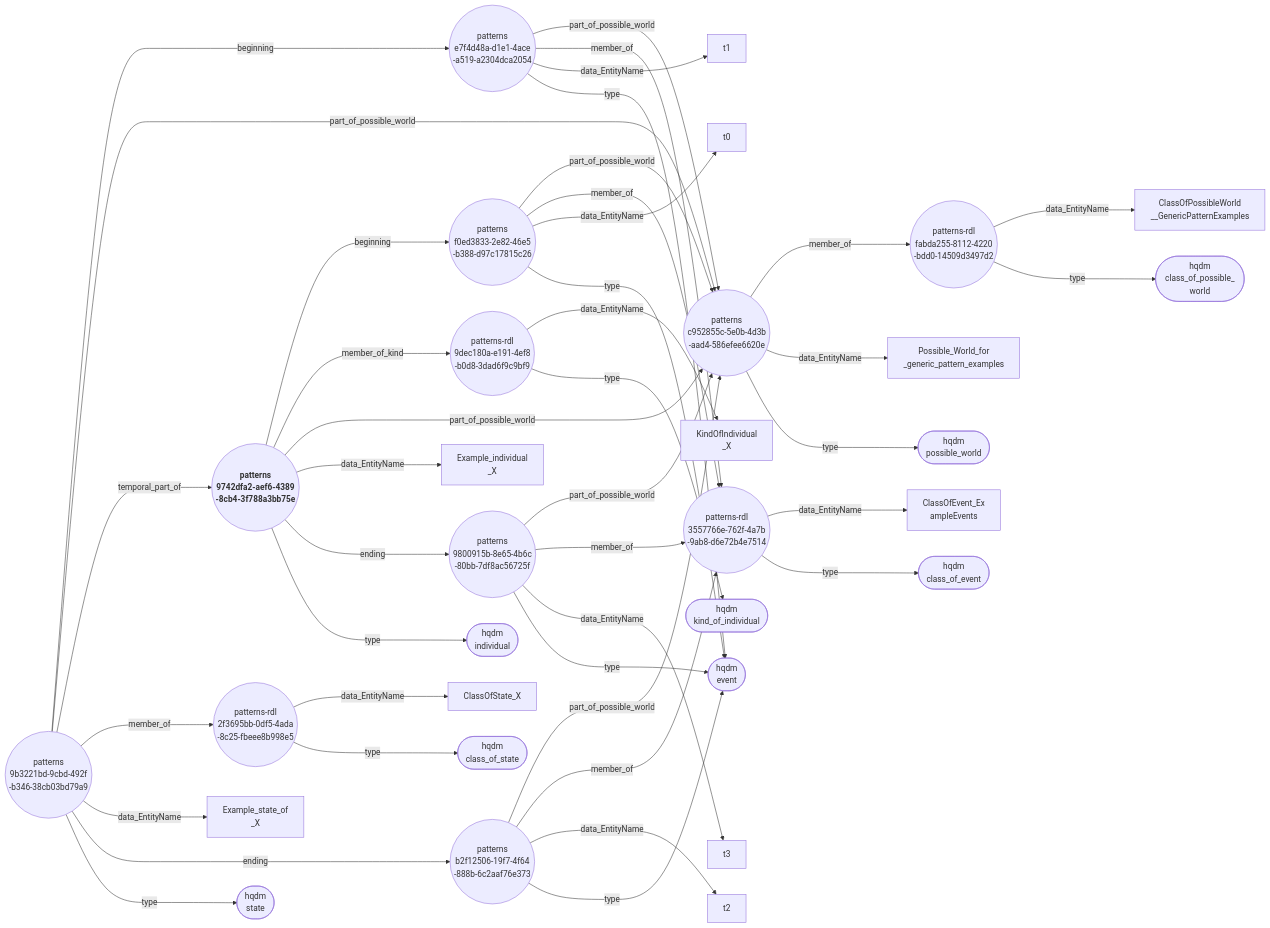
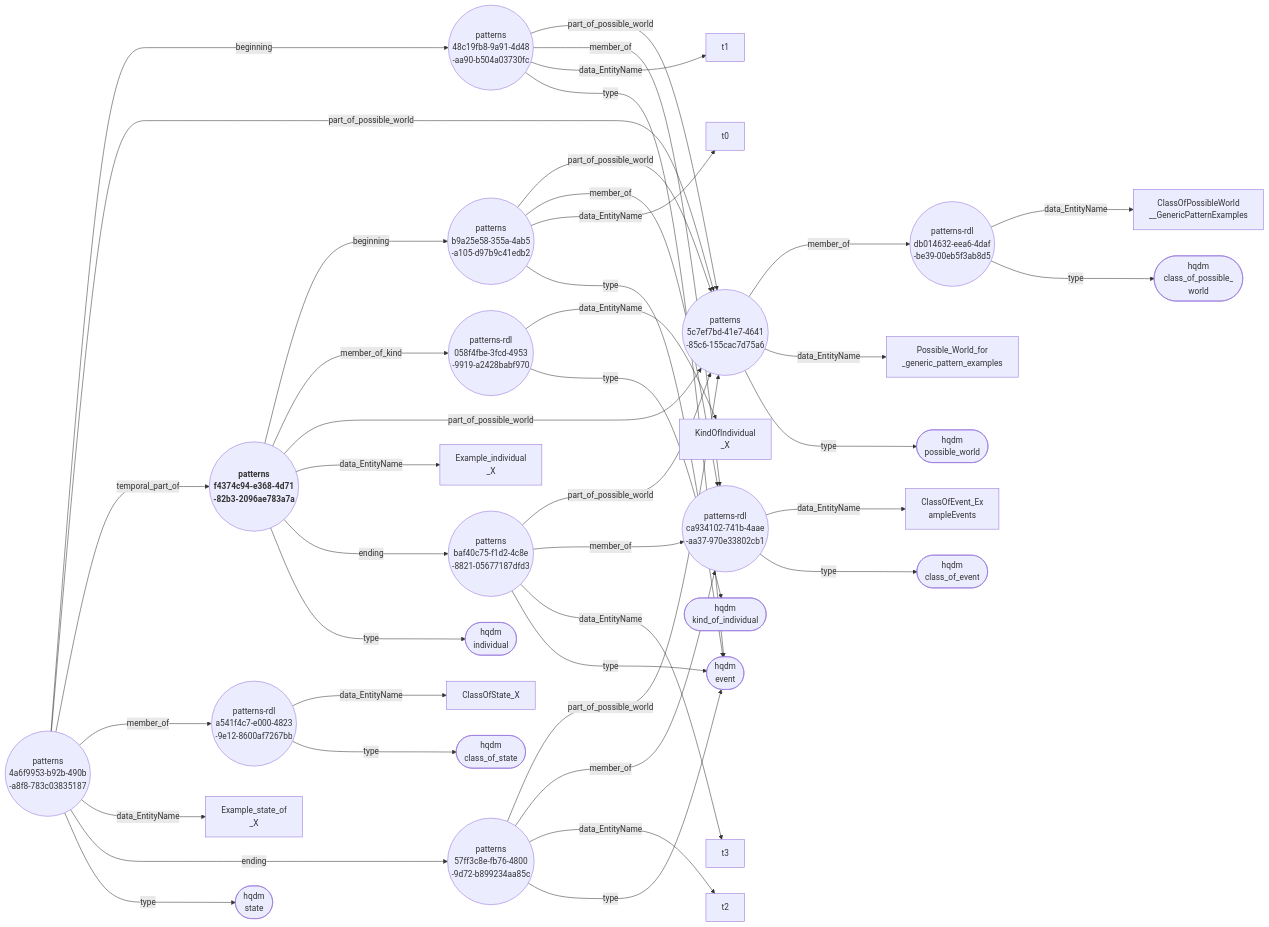
One commit to ClimbingAl/HqdmPatterns changed the diagram in docs/extras/example-files/individualExampleNodeEdgeGraph.mermaid. Above: the diagram before and after it, drawn with Mermaid. The commit also changed 135 other files, not shown here.

````diff
--- a/docs/extras/example-files/individualExampleNodeEdgeGraph.mermaid
+++ b/docs/extras/example-files/individualExampleNodeEdgeGraph.mermaid
@@ -1,43 +1,43 @@
 ``` mermaid
 graph LR
-  9742dfa2-aef6-4389-8cb4-3f788a3bb75e(("<b> patterns <br> 9742dfa2-aef6-4389 <br> -8cb4-3f788a3bb75e"))--->|"beginning"|f0ed3833-2e82-46e5-b388-d97c17815c26(("patterns <br> f0ed3833-2e82-46e5 <br> -b388-d97c17815c26"));
-  9742dfa2-aef6-4389-8cb4-3f788a3bb75e(("<b> patterns <br> 9742dfa2-aef6-4389 <br> -8cb4-3f788a3bb75e"))--->|"member_of_kind"|9dec180a-e191-4ef8-b0d8-3dad6f9c9bf9(("patterns-rdl <br> 9dec180a-e191-4ef8 <br> -b0d8-3dad6f9c9bf9"));
-  9742dfa2-aef6-4389-8cb4-3f788a3bb75e(("<b> patterns <br> 9742dfa2-aef6-4389 <br> -8cb4-3f788a3bb75e"))--->|"part_of_possible_world"|c952855c-5e0b-4d3b-aad4-586efee6620e(("patterns <br> c952855c-5e0b-4d3b <br> -aad4-586efee6620e"));
-  9742dfa2-aef6-4389-8cb4-3f788a3bb75e(("<b> patterns <br> 9742dfa2-aef6-4389 <br> -8cb4-3f788a3bb75e"))--->|"data_EntityName"|Example_individual_X["Example_individual <br> _X"];
-  9742dfa2-aef6-4389-8cb4-3f788a3bb75e(("<b> patterns <br> 9742dfa2-aef6-4389 <br> -8cb4-3f788a3bb75e"))--->|"ending"|9800915b-8e65-4b6c-80bb-7df8ac56725f(("patterns <br> 9800915b-8e65-4b6c <br> -80bb-7df8ac56725f"));
-  9742dfa2-aef6-4389-8cb4-3f788a3bb75e(("<b> patterns <br> 9742dfa2-aef6-4389 <br> -8cb4-3f788a3bb75e"))--->|"type"|individual(["hqdm <br> individual"]);
-  9b3221bd-9cbd-492f-b346-38cb03bd79a9(("patterns <br> 9b3221bd-9cbd-492f <br> -b346-38cb03bd79a9"))--->|"beginning"|e7f4d48a-d1e1-4ace-a519-a2304dca2054(("patterns <br> e7f4d48a-d1e1-4ace <br> -a519-a2304dca2054"));
-  9b3221bd-9cbd-492f-b346-38cb03bd79a9(("patterns <br> 9b3221bd-9cbd-492f <br> -b346-38cb03bd79a9"))--->|"part_of_possible_world"|c952855c-5e0b-4d3b-aad4-586efee6620e(("patterns <br> c952855c-5e0b-4d3b <br> -aad4-586efee6620e"));
-  9b3221bd-9cbd-492f-b346-38cb03bd79a9(("patterns <br> 9b3221bd-9cbd-492f <br> -b346-38cb03bd79a9"))--->|"temporal_part_of"|9742dfa2-aef6-4389-8cb4-3f788a3bb75e(("<b> patterns <br> 9742dfa2-aef6-4389 <br> -8cb4-3f788a3bb75e"));
-  9b3221bd-9cbd-492f-b346-38cb03bd79a9(("patterns <br> 9b3221bd-9cbd-492f <br> -b346-38cb03bd79a9"))--->|"member_of"|2f3695bb-0df5-4ada-8c25-fbeee8b998e5(("patterns-rdl <br> 2f3695bb-0df5-4ada <br> -8c25-fbeee8b998e5"));
-  9b3221bd-9cbd-492f-b346-38cb03bd79a9(("patterns <br> 9b3221bd-9cbd-492f <br> -b346-38cb03bd79a9"))--->|"data_EntityName"|Example_state_of_X["Example_state_of <br> _X"];
-  9b3221bd-9cbd-492f-b346-38cb03bd79a9(("patterns <br> 9b3221bd-9cbd-492f <br> -b346-38cb03bd79a9"))--->|"ending"|b2f12506-19f7-4f64-888b-6c2aaf76e373(("patterns <br> b2f12506-19f7-4f64 <br> -888b-6c2aaf76e373"));
-  9b3221bd-9cbd-492f-b346-38cb03bd79a9(("patterns <br> 9b3221bd-9cbd-492f <br> -b346-38cb03bd79a9"))--->|"type"|state(["hqdm <br> state"]);
-  9dec180a-e191-4ef8-b0d8-3dad6f9c9bf9(("patterns-rdl <br> 9dec180a-e191-4ef8 <br> -b0d8-3dad6f9c9bf9"))--->|"data_EntityName"|KindOfIndividual_X["KindOfIndividual <br> _X"];
-  9dec180a-e191-4ef8-b0d8-3dad6f9c9bf9(("patterns-rdl <br> 9dec180a-e191-4ef8 <br> -b0d8-3dad6f9c9bf9"))--->|"type"|kind_of_individual(["hqdm <br> kind_of_individual"]);
-  2f3695bb-0df5-4ada-8c25-fbeee8b998e5(("patterns-rdl <br> 2f3695bb-0df5-4ada <br> -8c25-fbeee8b998e5"))--->|"data_EntityName"|ClassOfState_X["ClassOfState_X"];
-  2f3695bb-0df5-4ada-8c25-fbeee8b998e5(("patterns-rdl <br> 2f3695bb-0df5-4ada <br> -8c25-fbeee8b998e5"))--->|"type"|class_of_state(["hqdm <br> class_of_state"]);
-  fabda255-8112-4220-bdd0-14509d3497d2(("patterns-rdl <br> fabda255-8112-4220 <br> -bdd0-14509d3497d2"))--->|"data_EntityName"|ClassOfPossibleWorld__GenericPatternExamples["ClassOfPossibleWorld <br> __GenericPatternExamples"];
-  fabda255-8112-4220-bdd0-14509d3497d2(("patterns-rdl <br> fabda255-8112-4220 <br> -bdd0-14509d3497d2"))--->|"type"|class_of_possible_world(["hqdm <br> class_of_possible_ <br> world"]);
-  3557766e-762f-4a7b-9ab8-d6e72b4e7514(("patterns-rdl <br> 3557766e-762f-4a7b <br> -9ab8-d6e72b4e7514"))--->|"data_EntityName"|ClassOfEvent_ExampleEvents["ClassOfEvent_Ex <br> ampleEvents"];
-  3557766e-762f-4a7b-9ab8-d6e72b4e7514(("patterns-rdl <br> 3557766e-762f-4a7b <br> -9ab8-d6e72b4e7514"))--->|"type"|class_of_event(["hqdm <br> class_of_event"]);
-  c952855c-5e0b-4d3b-aad4-586efee6620e(("patterns <br> c952855c-5e0b-4d3b <br> -aad4-586efee6620e"))--->|"member_of"|fabda255-8112-4220-bdd0-14509d3497d2(("patterns-rdl <br> fabda255-8112-4220 <br> -bdd0-14509d3497d2"));
-  c952855c-5e0b-4d3b-aad4-586efee6620e(("patterns <br> c952855c-5e0b-4d3b <br> -aad4-586efee6620e"))--->|"data_EntityName"|Possible_World_for_generic_pattern_examples["Possible_World_for <br> _generic_pattern_examples"];
-  c952855c-5e0b-4d3b-aad4-586efee6620e(("patterns <br> c952855c-5e0b-4d3b <br> -aad4-586efee6620e"))--->|"type"|possible_world(["hqdm <br> possible_world"]);
-  f0ed3833-2e82-46e5-b388-d97c17815c26(("patterns <br> f0ed3833-2e82-46e5 <br> -b388-d97c17815c26"))--->|"part_of_possible_world"|c952855c-5e0b-4d3b-aad4-586efee6620e(("patterns <br> c952855c-5e0b-4d3b <br> -aad4-586efee6620e"));
-  f0ed3833-2e82-46e5-b388-d97c17815c26(("patterns <br> f0ed3833-2e82-46e5 <br> -b388-d97c17815c26"))--->|"member_of"|3557766e-762f-4a7b-9ab8-d6e72b4e7514(("patterns-rdl <br> 3557766e-762f-4a7b <br> -9ab8-d6e72b4e7514"));
-  f0ed3833-2e82-46e5-b388-d97c17815c26(("patterns <br> f0ed3833-2e82-46e5 <br> -b388-d97c17815c26"))--->|"data_EntityName"|t0["t0"];
-  f0ed3833-2e82-46e5-b388-d97c17815c26(("patterns <br> f0ed3833-2e82-46e5 <br> -b388-d97c17815c26"))--->|"type"|event(["hqdm <br> event"]);
-  9800915b-8e65-4b6c-80bb-7df8ac56725f(("patterns <br> 9800915b-8e65-4b6c <br> -80bb-7df8ac56725f"))--->|"part_of_possible_world"|c952855c-5e0b-4d3b-aad4-586efee6620e(("patterns <br> c952855c-5e0b-4d3b <br> -aad4-586efee6620e"));
-  9800915b-8e65-4b6c-80bb-7df8ac56725f(("patterns <br> 9800915b-8e65-4b6c <br> -80bb-7df8ac56725f"))--->|"member_of"|3557766e-762f-4a7b-9ab8-d6e72b4e7514(("patterns-rdl <br> 3557766e-762f-4a7b <br> -9ab8-d6e72b4e7514"));
-  9800915b-8e65-4b6c-80bb-7df8ac56725f(("patterns <br> 9800915b-8e65-4b6c <br> -80bb-7df8ac56725f"))--->|"data_EntityName"|t3["t3"];
-  9800915b-8e65-4b6c-80bb-7df8ac56725f(("patterns <br> 9800915b-8e65-4b6c <br> -80bb-7df8ac56725f"))--->|"type"|event(["hqdm <br> event"]);
-  e7f4d48a-d1e1-4ace-a519-a2304dca2054(("patterns <br> e7f4d48a-d1e1-4ace <br> -a519-a2304dca2054"))--->|"part_of_possible_world"|c952855c-5e0b-4d3b-aad4-586efee6620e(("patterns <br> c952855c-5e0b-4d3b <br> -aad4-586efee6620e"));
-  e7f4d48a-d1e1-4ace-a519-a2304dca2054(("patterns <br> e7f4d48a-d1e1-4ace <br> -a519-a2304dca2054"))--->|"member_of"|3557766e-762f-4a7b-9ab8-d6e72b4e7514(("patterns-rdl <br> 3557766e-762f-4a7b <br> -9ab8-d6e72b4e7514"));
-  e7f4d48a-d1e1-4ace-a519-a2304dca2054(("patterns <br> e7f4d48a-d1e1-4ace <br> -a519-a2304dca2054"))--->|"data_EntityName"|t1["t1"];
-  e7f4d48a-d1e1-4ace-a519-a2304dca2054(("patterns <br> e7f4d48a-d1e1-4ace <br> -a519-a2304dca2054"))--->|"type"|event(["hqdm <br> event"]);
-  b2f12506-19f7-4f64-888b-6c2aaf76e373(("patterns <br> b2f12506-19f7-4f64 <br> -888b-6c2aaf76e373"))--->|"part_of_possible_world"|c952855c-5e0b-4d3b-aad4-586efee6620e(("patterns <br> c952855c-5e0b-4d3b <br> -aad4-586efee6620e"));
-  b2f12506-19f7-4f64-888b-6c2aaf76e373(("patterns <br> b2f12506-19f7-4f64 <br> -888b-6c2aaf76e373"))--->|"member_of"|3557766e-762f-4a7b-9ab8-d6e72b4e7514(("patterns-rdl <br> 3557766e-762f-4a7b <br> -9ab8-d6e72b4e7514"));
-  b2f12506-19f7-4f64-888b-6c2aaf76e373(("patterns <br> b2f12506-19f7-4f64 <br> -888b-6c2aaf76e373"))--->|"data_EntityName"|t2["t2"];
-  b2f12506-19f7-4f64-888b-6c2aaf76e373(("patterns <br> b2f12506-19f7-4f64 <br> -888b-6c2aaf76e373"))--->|"type"|event(["hqdm <br> event"]);
+  f4374c94-e368-4d71-82b3-2096ae783a7a(("<b> patterns <br> f4374c94-e368-4d71 <br> -82b3-2096ae783a7a"))--->|"beginning"|b9a25e58-355a-4ab5-a105-d97b9c41edb2(("patterns <br> b9a25e58-355a-4ab5 <br> -a105-d97b9c41edb2"));
+  f4374c94-e368-4d71-82b3-2096ae783a7a(("<b> patterns <br> f4374c94-e368-4d71 <br> -82b3-2096ae783a7a"))--->|"member_of_kind"|058f4fbe-3fcd-4953-9919-a2428babf970(("patterns-rdl <br> 058f4fbe-3fcd-4953 <br> -9919-a2428babf970"));
+  f4374c94-e368-4d71-82b3-2096ae783a7a(("<b> patterns <br> f4374c94-e368-4d71 <br> -82b3-2096ae783a7a"))--->|"part_of_possible_world"|5c7ef7bd-41e7-4641-85c6-155cac7d75a6(("patterns <br> 5c7ef7bd-41e7-4641 <br> -85c6-155cac7d75a6"));
+  f4374c94-e368-4d71-82b3-2096ae783a7a(("<b> patterns <br> f4374c94-e368-4d71 <br> -82b3-2096ae783a7a"))--->|"data_EntityName"|Example_individual_X["Example_individual <br> _X"];
+  f4374c94-e368-4d71-82b3-2096ae783a7a(("<b> patterns <br> f4374c94-e368-4d71 <br> -82b3-2096ae783a7a"))--->|"ending"|baf40c75-f1d2-4c8e-8821-05677187dfd3(("patterns <br> baf40c75-f1d2-4c8e <br> -8821-05677187dfd3"));
+  f4374c94-e368-4d71-82b3-2096ae783a7a(("<b> patterns <br> f4374c94-e368-4d71 <br> -82b3-2096ae783a7a"))--->|"type"|individual(["hqdm <br> individual"]);
+  4a6f9953-b92b-490b-a8f8-783c03835187(("patterns <br> 4a6f9953-b92b-490b <br> -a8f8-783c03835187"))--->|"beginning"|48c19fb8-9a91-4d48-aa90-b504a03730fc(("patterns <br> 48c19fb8-9a91-4d48 <br> -aa90-b504a03730fc"));
+  4a6f9953-b92b-490b-a8f8-783c03835187(("patterns <br> 4a6f9953-b92b-490b <br> -a8f8-783c03835187"))--->|"part_of_possible_world"|5c7ef7bd-41e7-4641-85c6-155cac7d75a6(("patterns <br> 5c7ef7bd-41e7-4641 <br> -85c6-155cac7d75a6"));
+  4a6f9953-b92b-490b-a8f8-783c03835187(("patterns <br> 4a6f9953-b92b-490b <br> -a8f8-783c03835187"))--->|"temporal_part_of"|f4374c94-e368-4d71-82b3-2096ae783a7a(("<b> patterns <br> f4374c94-e368-4d71 <br> -82b3-2096ae783a7a"));
+  4a6f9953-b92b-490b-a8f8-783c03835187(("patterns <br> 4a6f9953-b92b-490b <br> -a8f8-783c03835187"))--->|"member_of"|a541f4c7-e000-4823-9e12-8600af7267bb(("patterns-rdl <br> a541f4c7-e000-4823 <br> -9e12-8600af7267bb"));
+  4a6f9953-b92b-490b-a8f8-783c03835187(("patterns <br> 4a6f9953-b92b-490b <br> -a8f8-783c03835187"))--->|"data_EntityName"|Example_state_of_X["Example_state_of <br> _X"];
+  4a6f9953-b92b-490b-a8f8-783c03835187(("patterns <br> 4a6f9953-b92b-490b <br> -a8f8-783c03835187"))--->|"ending"|57ff3c8e-fb76-4800-9d72-b899234aa85c(("patterns <br> 57ff3c8e-fb76-4800 <br> -9d72-b899234aa85c"));
+  4a6f9953-b92b-490b-a8f8-783c03835187(("patterns <br> 4a6f9953-b92b-490b <br> -a8f8-783c03835187"))--->|"type"|state(["hqdm <br> state"]);
+  058f4fbe-3fcd-4953-9919-a2428babf970(("patterns-rdl <br> 058f4fbe-3fcd-4953 <br> -9919-a2428babf970"))--->|"data_EntityName"|KindOfIndividual_X["KindOfIndividual <br> _X"];
+  058f4fbe-3fcd-4953-9919-a2428babf970(("patterns-rdl <br> 058f4fbe-3fcd-4953 <br> -9919-a2428babf970"))--->|"type"|kind_of_individual(["hqdm <br> kind_of_individual"]);
+  a541f4c7-e000-4823-9e12-8600af7267bb(("patterns-rdl <br> a541f4c7-e000-4823 <br> -9e12-8600af7267bb"))--->|"data_EntityName"|ClassOfState_X["ClassOfState_X"];
+  a541f4c7-e000-4823-9e12-8600af7267bb(("patterns-rdl <br> a541f4c7-e000-4823 <br> -9e12-8600af7267bb"))--->|"type"|class_of_state(["hqdm <br> class_of_state"]);
+  db014632-eea6-4daf-be39-00eb5f3ab8d5(("patterns-rdl <br> db014632-eea6-4daf <br> -be39-00eb5f3ab8d5"))--->|"data_EntityName"|ClassOfPossibleWorld__GenericPatternExamples["ClassOfPossibleWorld <br> __GenericPatternExamples"];
+  db014632-eea6-4daf-be39-00eb5f3ab8d5(("patterns-rdl <br> db014632-eea6-4daf <br> -be39-00eb5f3ab8d5"))--->|"type"|class_of_possible_world(["hqdm <br> class_of_possible_ <br> world"]);
+  ca934102-741b-4aae-aa37-970e33802cb1(("patterns-rdl <br> ca934102-741b-4aae <br> -aa37-970e33802cb1"))--->|"data_EntityName"|ClassOfEvent_ExampleEvents["ClassOfEvent_Ex <br> ampleEvents"];
+  ca934102-741b-4aae-aa37-970e33802cb1(("patterns-rdl <br> ca934102-741b-4aae <br> -aa37-970e33802cb1"))--->|"type"|class_of_event(["hqdm <br> class_of_event"]);
+  5c7ef7bd-41e7-4641-85c6-155cac7d75a6(("patterns <br> 5c7ef7bd-41e7-4641 <br> -85c6-155cac7d75a6"))--->|"member_of"|db014632-eea6-4daf-be39-00eb5f3ab8d5(("patterns-rdl <br> db014632-eea6-4daf <br> -be39-00eb5f3ab8d5"));
+  5c7ef7bd-41e7-4641-85c6-155cac7d75a6(("patterns <br> 5c7ef7bd-41e7-4641 <br> -85c6-155cac7d75a6"))--->|"data_EntityName"|Possible_World_for_generic_pattern_examples["Possible_World_for <br> _generic_pattern_examples"];
+  5c7ef7bd-41e7-4641-85c6-155cac7d75a6(("patterns <br> 5c7ef7bd-41e7-4641 <br> -85c6-155cac7d75a6"))--->|"type"|possible_world(["hqdm <br> possible_world"]);
+  b9a25e58-355a-4ab5-a105-d97b9c41edb2(("patterns <br> b9a25e58-355a-4ab5 <br> -a105-d97b9c41edb2"))--->|"part_of_possible_world"|5c7ef7bd-41e7-4641-85c6-155cac7d75a6(("patterns <br> 5c7ef7bd-41e7-4641 <br> -85c6-155cac7d75a6"));
+  b9a25e58-355a-4ab5-a105-d97b9c41edb2(("patterns <br> b9a25e58-355a-4ab5 <br> -a105-d97b9c41edb2"))--->|"member_of"|ca934102-741b-4aae-aa37-970e33802cb1(("patterns-rdl <br> ca934102-741b-4aae <br> -aa37-970e33802cb1"));
+  b9a25e58-355a-4ab5-a105-d97b9c41edb2(("patterns <br> b9a25e58-355a-4ab5 <br> -a105-d97b9c41edb2"))--->|"data_EntityName"|t0["t0"];
+  b9a25e58-355a-4ab5-a105-d97b9c41edb2(("patterns <br> b9a25e58-355a-4ab5 <br> -a105-d97b9c41edb2"))--->|"type"|event(["hqdm <br> event"]);
+  baf40c75-f1d2-4c8e-8821-05677187dfd3(("patterns <br> baf40c75-f1d2-4c8e <br> -8821-05677187dfd3"))--->|"part_of_possible_world"|5c7ef7bd-41e7-4641-85c6-155cac7d75a6(("patterns <br> 5c7ef7bd-41e7-4641 <br> -85c6-155cac7d75a6"));
+  baf40c75-f1d2-4c8e-8821-05677187dfd3(("patterns <br> baf40c75-f1d2-4c8e <br> -8821-05677187dfd3"))--->|"member_of"|ca934102-741b-4aae-aa37-970e33802cb1(("patterns-rdl <br> ca934102-741b-4aae <br> -aa37-970e33802cb1"));
+  baf40c75-f1d2-4c8e-8821-05677187dfd3(("patterns <br> baf40c75-f1d2-4c8e <br> -8821-05677187dfd3"))--->|"data_EntityName"|t3["t3"];
+  baf40c75-f1d2-4c8e-8821-05677187dfd3(("patterns <br> baf40c75-f1d2-4c8e <br> -8821-05677187dfd3"))--->|"type"|event(["hqdm <br> event"]);
+  48c19fb8-9a91-4d48-aa90-b504a03730fc(("patterns <br> 48c19fb8-9a91-4d48 <br> -aa90-b504a03730fc"))--->|"part_of_possible_world"|5c7ef7bd-41e7-4641-85c6-155cac7d75a6(("patterns <br> 5c7ef7bd-41e7-4641 <br> -85c6-155cac7d75a6"));
+  48c19fb8-9a91-4d48-aa90-b504a03730fc(("patterns <br> 48c19fb8-9a91-4d48 <br> -aa90-b504a03730fc"))--->|"member_of"|ca934102-741b-4aae-aa37-970e33802cb1(("patterns-rdl <br> ca934102-741b-4aae <br> -aa37-970e33802cb1"));
+  48c19fb8-9a91-4d48-aa90-b504a03730fc(("patterns <br> 48c19fb8-9a91-4d48 <br> -aa90-b504a03730fc"))--->|"data_EntityName"|t1["t1"];
+  48c19fb8-9a91-4d48-aa90-b504a03730fc(("patterns <br> 48c19fb8-9a91-4d48 <br> -aa90-b504a03730fc"))--->|"type"|event(["hqdm <br> event"]);
+  57ff3c8e-fb76-4800-9d72-b899234aa85c(("patterns <br> 57ff3c8e-fb76-4800 <br> -9d72-b899234aa85c"))--->|"part_of_possible_world"|5c7ef7bd-41e7-4641-85c6-155cac7d75a6(("patterns <br> 5c7ef7bd-41e7-4641 <br> -85c6-155cac7d75a6"));
+  57ff3c8e-fb76-4800-9d72-b899234aa85c(("patterns <br> 57ff3c8e-fb76-4800 <br> -9d72-b899234aa85c"))--->|"member_of"|ca934102-741b-4aae-aa37-970e33802cb1(("patterns-rdl <br> ca934102-741b-4aae <br> -aa37-970e33802cb1"));
+  57ff3c8e-fb76-4800-9d72-b899234aa85c(("patterns <br> 57ff3c8e-fb76-4800 <br> -9d72-b899234aa85c"))--->|"data_EntityName"|t2["t2"];
+  57ff3c8e-fb76-4800-9d72-b899234aa85c(("patterns <br> 57ff3c8e-fb76-4800 <br> -9d72-b899234aa85c"))--->|"type"|event(["hqdm <br> event"]);
 ```
````
